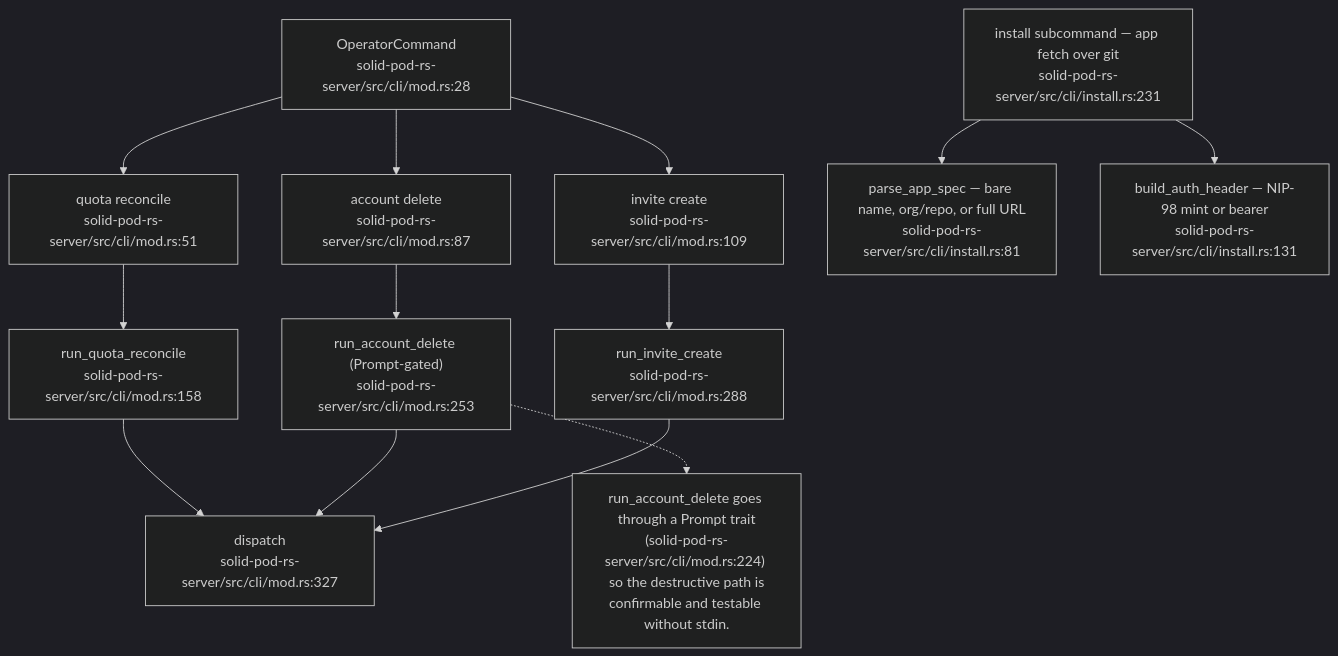
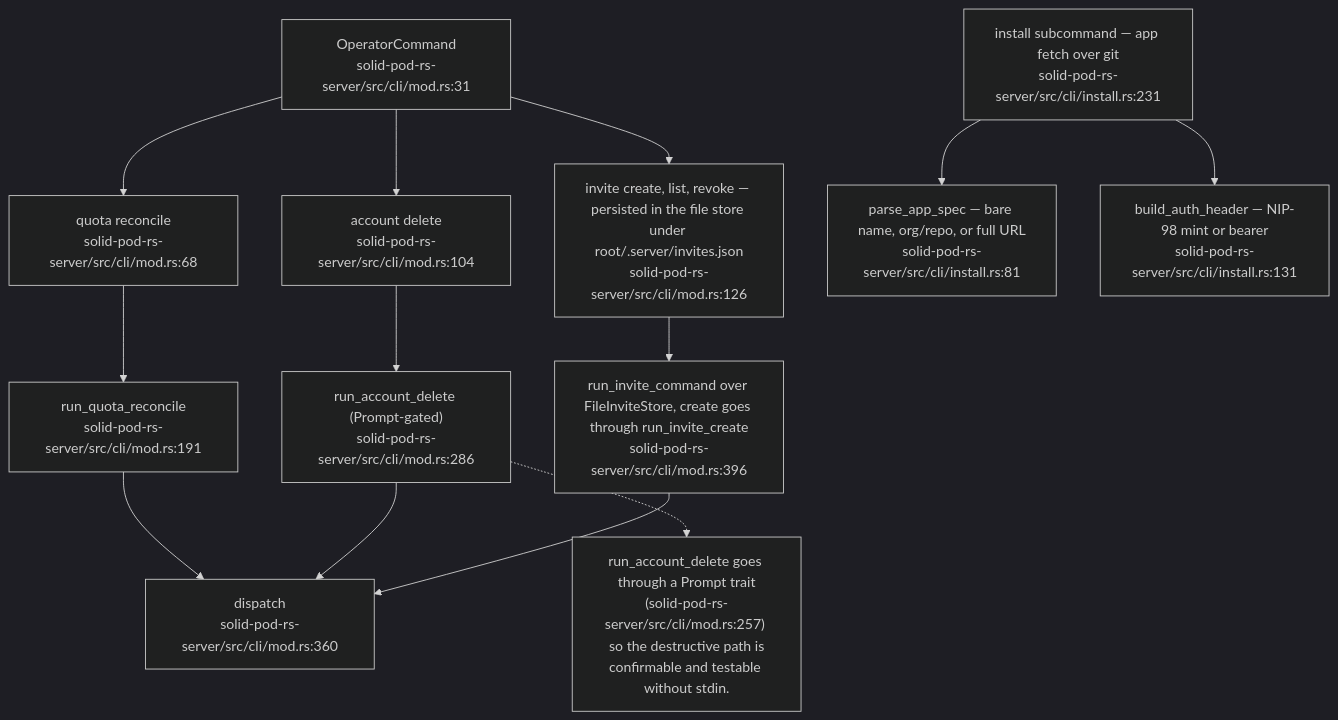
Before and after one commit to DreamLab-AI/VisionFlow: diagram 11 of 11 in docs/diagrams/solid-pod-rs/02-server-boot-and-routes.md, drawn with Mermaid (dark theme). The commit also changed other lines of this file and 160 other files, not shown here.

````diff
--- a/docs/diagrams/solid-pod-rs/02-server-boot-and-routes.md
+++ b/docs/diagrams/solid-pod-rs/02-server-boot-and-routes.md
@@ -293,27 +309,27 @@
 ```mermaid
 flowchart TD
-    OP["OperatorCommand<br/>solid-pod-rs-server/src/cli/mod.rs:28"]
-    Q["quota reconcile<br/>solid-pod-rs-server/src/cli/mod.rs:51"]
-    A["account delete<br/>solid-pod-rs-server/src/cli/mod.rs:87"]
-    I["invite create<br/>solid-pod-rs-server/src/cli/mod.rs:109"]
-    D["dispatch<br/>solid-pod-rs-server/src/cli/mod.rs:327"]
+    OP["OperatorCommand<br/>solid-pod-rs-server/src/cli/mod.rs:31"]
+    Q["quota reconcile<br/>solid-pod-rs-server/src/cli/mod.rs:68"]
+    A["account delete<br/>solid-pod-rs-server/src/cli/mod.rs:104"]
+    I["invite create, list, revoke — persisted in the file store under root/.server/invites.json<br/>solid-pod-rs-server/src/cli/mod.rs:126"]
+    D["dispatch<br/>solid-pod-rs-server/src/cli/mod.rs:360"]
 
     OP --> Q
     OP --> A
     OP --> I
-    Q --> RQ["run_quota_reconcile<br/>solid-pod-rs-server/src/cli/mod.rs:158"]
-    A --> RA["run_account_delete (Prompt-gated)<br/>solid-pod-rs-server/src/cli/mod.rs:253"]
-    I --> RI["run_invite_create<br/>solid-pod-rs-server/src/cli/mod.rs:288"]
+    Q --> RQ["run_quota_reconcile<br/>solid-pod-rs-server/src/cli/mod.rs:191"]
+    A --> RA["run_account_delete (Prompt-gated)<br/>solid-pod-rs-server/src/cli/mod.rs:286"]
+    I --> RI["run_invite_command over FileInviteStore, create goes through run_invite_create<br/>solid-pod-rs-server/src/cli/mod.rs:396"]
     RQ --> D
     RA --> D
     RI --> D
 
     INS["install subcommand — app fetch over git<br/>solid-pod-rs-server/src/cli/install.rs:231"]
     SPEC["parse_app_spec — bare name, org/repo, or full URL<br/>solid-pod-rs-server/src/cli/install.rs:81"]
     AUTH["build_auth_header — NIP-98 mint or bearer<br/>solid-pod-rs-server/src/cli/install.rs:131"]
     INS --> SPEC
     INS --> AUTH
 
-    N["run_account_delete goes through a Prompt trait\n(solid-pod-rs-server/src/cli/mod.rs:224) so the destructive path is\nconfirmable and testable without stdin."]
+    N["run_account_delete goes through a Prompt trait\n(solid-pod-rs-server/src/cli/mod.rs:257) so the destructive path is\nconfirmable and testable without stdin."]
     RA -.-> N
 ```
````
